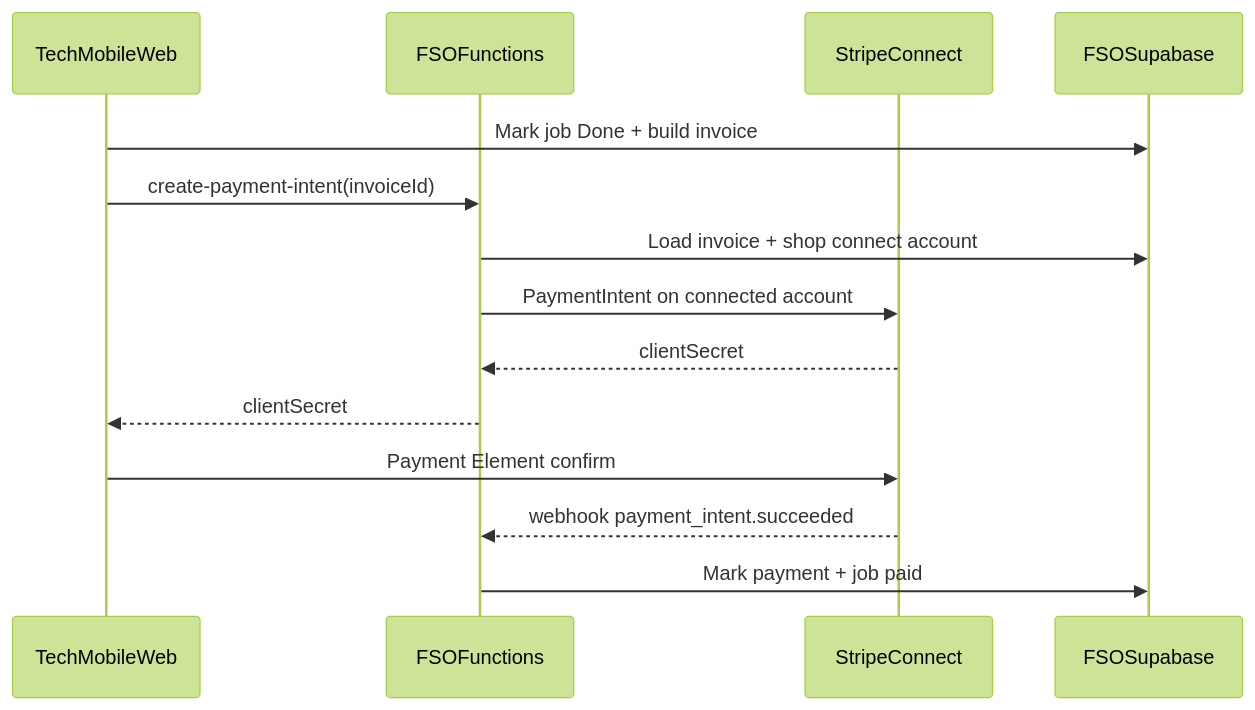
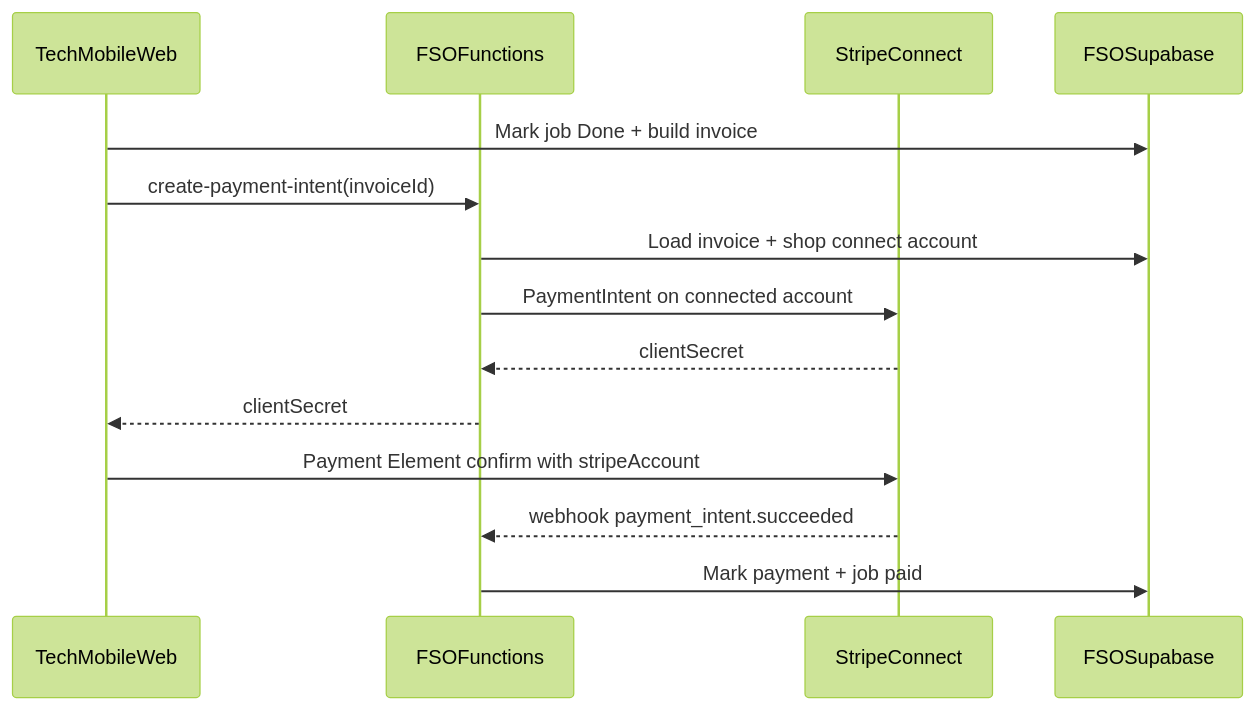
Before and after one commit to denrod25-del/test-snake: the diagram in docs/plans/2026-09-12-001-feat-field-service-ops-mvp-plan.md, drawn with Mermaid (forest theme). The commit also changed other lines of this file, not shown here.

````diff
--- a/docs/plans/2026-09-12-001-feat-field-service-ops-mvp-plan.md
+++ b/docs/plans/2026-09-12-001-feat-field-service-ops-mvp-plan.md
@@ -282,17 +286,17 @@
 ```mermaid
 sequenceDiagram
   participant Tech as TechMobileWeb
   participant FSO as FSOFunctions
   participant Stripe as StripeConnect
   participant DB as FSOSupabase
 
   Tech->>DB: Mark job Done + build invoice
   Tech->>FSO: create-payment-intent(invoiceId)
   FSO->>DB: Load invoice + shop connect account
   FSO->>Stripe: PaymentIntent on connected account
   Stripe-->>FSO: clientSecret
   FSO-->>Tech: clientSecret
-  Tech->>Stripe: Payment Element confirm
+  Tech->>Stripe: Payment Element confirm with stripeAccount
   Stripe-->>FSO: webhook payment_intent.succeeded
   FSO->>DB: Mark payment + job paid
 ```
````
